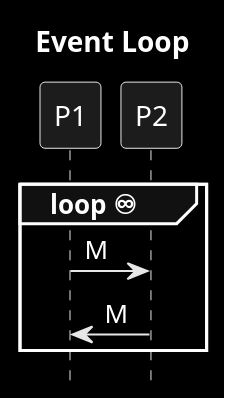
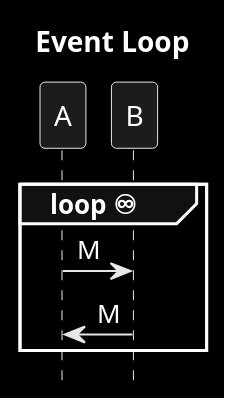
One commit to victorrentea/kafka changed the diagram in patterns/9_storm_loop.puml. Above: the diagram before and after it, drawn with PlantUML. The commit also changed 14 other files, not shown here.

```diff
--- a/patterns/9_storm_loop.puml
+++ b/patterns/9_storm_loop.puml
@@ -1,11 +1,11 @@
 @startuml
 title Event Loop
 hide footbox
 skinparam monochrome reverse
 
 group loop ♾
-    P1->P2: M
-    P2->P1: M
+    A->B: M
+    B->A: M
 end
 
 @enduml
```
